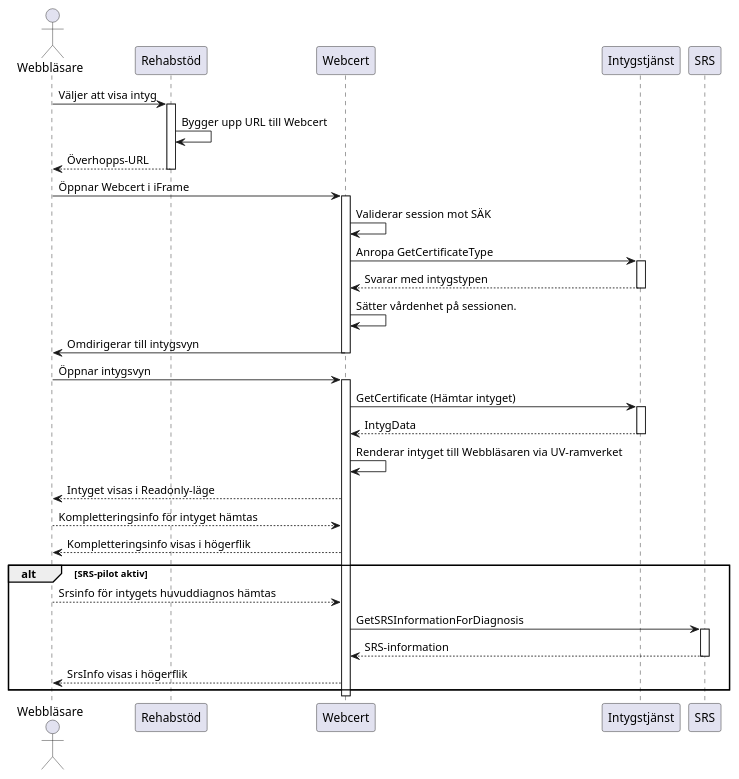
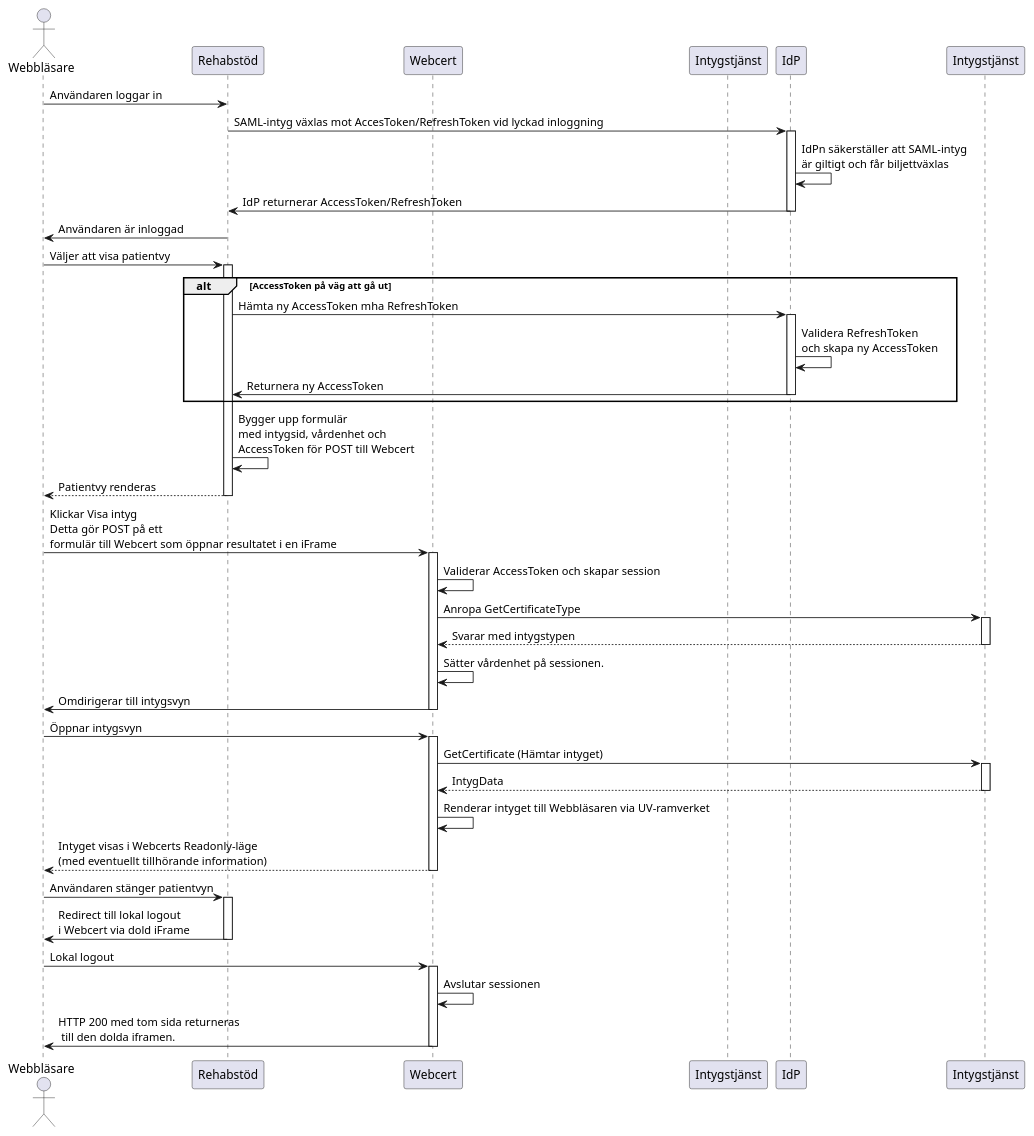
Before and after one commit to sklintyg/rehabstod: the diagram in docs/plantuml/visa-intyg.puml, drawn with PlantUML. The commit also changed 1 other file, not shown here.

Commit message:
DEVENV: Docs update with RFC7522 diagram for visa intyg

```diff
--- a/docs/plantuml/visa-intyg.puml
+++ b/docs/plantuml/visa-intyg.puml
@@ -1,44 +1,59 @@
 @startuml
-actor Webbläsare
-participant Rehabstöd
-participant Webcert
-participant Intygstjänst
-participant SRS
+actor Webbläsare as b
+participant Rehabstöd as rs
+participant Webcert as wc
+participant Intygstjänst as it
+participant IdP as idp
 
+b -> rs: Användaren loggar in
+rs -> idp: SAML-intyg växlas mot AccesToken/RefreshToken vid lyckad inloggning
+activate idp
+    idp -> idp: IdPn säkerställer att SAML-intyg\när giltigt och får biljettväxlas
+    idp -> rs: IdP returnerar AccessToken/RefreshToken
+deactivate idp
+rs -> b: Användaren är inloggad
 
-    Webbläsare -> Rehabstöd: Väljer att visa intyg
-activate Rehabstöd
-    Rehabstöd -> Rehabstöd: Bygger upp URL till Webcert
-    Rehabstöd --> Webbläsare: Överhopps-URL
-deactivate Rehabstöd
+b -> rs: Väljer att visa patientvy
+activate rs
+    alt AccessToken på väg att gå ut
+        rs -> idp: Hämta ny AccessToken mha RefreshToken
+        activate idp
+            idp -> idp: Validera RefreshToken\noch skapa ny AccessToken
+            idp -> rs: Returnera ny AccessToken
+         deactivate idp
+    end
+    rs -> rs: Bygger upp formulär\nmed intygsid, vårdenhet och\nAccessToken för POST till Webcert
+    rs --> b: Patientvy renderas
+deactivate rs
 
-Webbläsare -> Webcert: Öppnar Webcert i iFrame
-activate Webcert
-    Webcert -> Webcert: Validerar session mot SÄK
-    Webcert -> Intygstjänst: Anropa GetCertificateType
+b -> wc: Klickar Visa intyg\nDetta gör POST på ett\nformulär till Webcert som öppnar resultatet i en iFrame
+activate wc
+    wc -> wc: Validerar AccessToken och skapar session
+    wc -> Intygstjänst: Anropa GetCertificateType
     activate Intygstjänst
-    Intygstjänst --> Webcert: Svarar med intygstypen
+    Intygstjänst --> wc: Svarar med intygstypen
     deactivate Intygstjänst
-    Webcert -> Webcert: Sätter vårdenhet på sessionen.
-    Webcert -> Webbläsare: Omdirigerar till intygsvyn
-    deactivate Webcert
-    Webbläsare -> Webcert: Öppnar intygsvyn
-    activate Webcert
-    Webcert -> Intygstjänst: GetCertificate (Hämtar intyget)
+    wc -> wc: Sätter vårdenhet på sessionen.
+    wc -> b: Omdirigerar till intygsvyn
+    deactivate wc
+    b -> wc: Öppnar intygsvyn
+    activate wc
+    wc -> Intygstjänst: GetCertificate (Hämtar intyget)
     activate Intygstjänst
-    Intygstjänst --> Webcert: IntygData
+    Intygstjänst --> wc: IntygData
     deactivate Intygstjänst
-    Webcert -> Webcert: Renderar intyget till Webbläsaren via UV-ramverket
-    Webcert --> Webbläsare: Intyget visas i Readonly-läge
-    Webbläsare --> Webcert: Kompletteringsinfo för intyget hämtas
-    Webcert --> Webbläsare: Kompletteringsinfo visas i högerflik
-    alt SRS-pilot aktiv
-    Webbläsare --> Webcert: Srsinfo för intygets huvuddiagnos hämtas
-        Webcert -> SRS: GetSRSInformationForDiagnosis
-        activate SRS
-        SRS --> Webcert: SRS-information
-        deactivate SRS
-        Webcert --> Webbläsare: SrsInfo visas i högerflik
-    end
-    deactivate Webcert
+    wc -> wc: Renderar intyget till Webbläsaren via UV-ramverket
+    wc --> b: Intyget visas i Webcerts Readonly-läge\n(med eventuellt tillhörande information)
+    deactivate wc
+
+    b -> rs: Användaren stänger patientvyn
+    activate rs
+        rs -> b: Redirect till lokal logout\ni Webcert via dold iFrame
+    deactivate rs
+    b -> wc: Lokal logout
+    activate wc
+    wc -> wc: Avslutar sessionen
+    wc -> b: HTTP 200 med tom sida returneras\n till den dolda iframen.
+
+    deactivate wc
 @enduml
```
